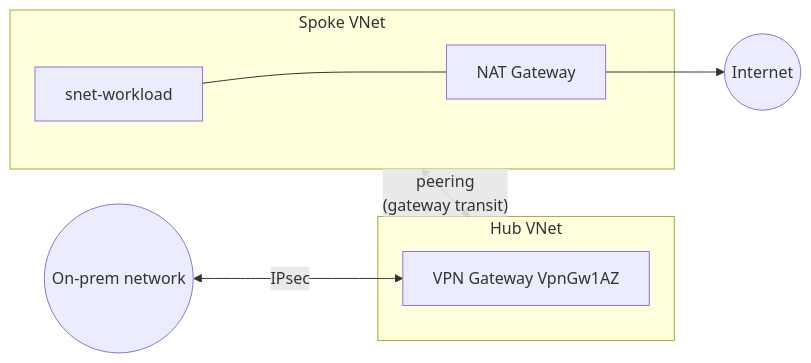
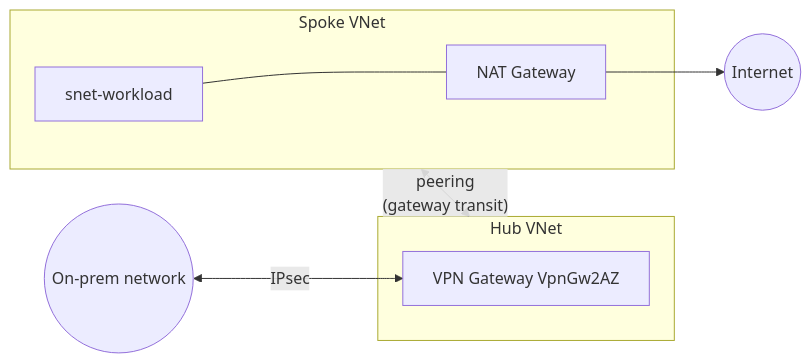
The third of 4 diagrams in site/src/content/docs/reference/architecture.md (travishankins/azure-launchpad), drawn with Mermaid before and after one commit. The commit also changed other lines of this file and 11 other files, not shown here.

````diff
--- a/site/src/content/docs/reference/architecture.md
+++ b/site/src/content/docs/reference/architecture.md
@@ -55,14 +55,14 @@
 ```mermaid
 flowchart LR
     subgraph Hub[Hub VNet]
-      VPN[VPN Gateway VpnGw1AZ]
+      VPN[VPN Gateway VpnGw2AZ]
     end
     subgraph Spoke[Spoke VNet]
       S_workload[snet-workload]
       NAT[NAT Gateway]
       S_workload --- NAT
     end
     Spoke <-- peering<br/>(gateway transit) --> Hub
     OnPrem((On-prem network)) <-- IPsec --> VPN
     NAT --> Internet((Internet))
 ```
````
